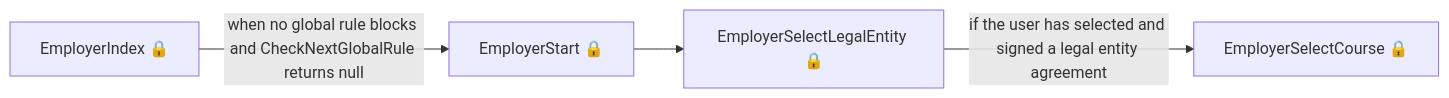
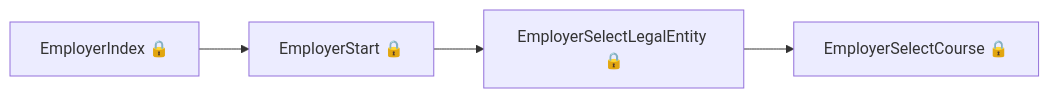
Before and after one commit to talentconsulting/atlas-dfe: the second of 4 diagrams in das-reservations/user-journeys/user-journeys.md, drawn with Mermaid. The commit also changed other lines of this file and 1 other file, not shown here.

Commit message:
Update generated user journeys (#250)

````diff
--- a/das-reservations/user-journeys/user-journeys.md
+++ b/das-reservations/user-journeys/user-journeys.md
@@ -22,6 +22,6 @@
 ```mermaid
 flowchart LR
-  p0["EmployerIndex 🔒"] -->|"when no global rule blocks and CheckNextGlobalRule returns null"| p1["EmployerStart 🔒"]
+  p0["EmployerIndex 🔒"] --> p1["EmployerStart 🔒"]
   p1["EmployerStart 🔒"] --> p2["EmployerSelectLegalEntity 🔒"]
-  p2["EmployerSelectLegalEntity 🔒"] -->|"if the user has selected and signed a legal entity agreement"| p3["EmployerSelectCourse 🔒"]
+  p2["EmployerSelectLegalEntity 🔒"] --> p3["EmployerSelectCourse 🔒"]
 ```
````
